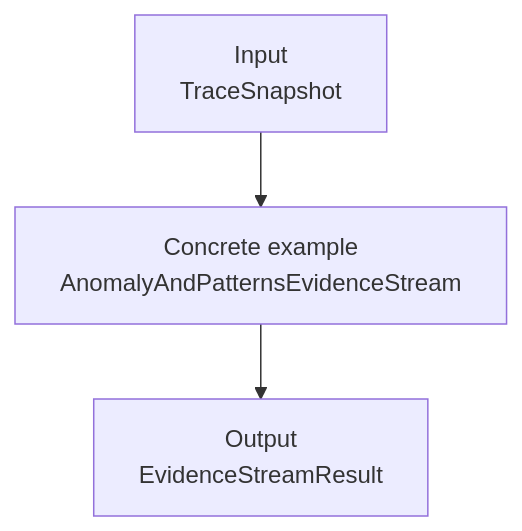
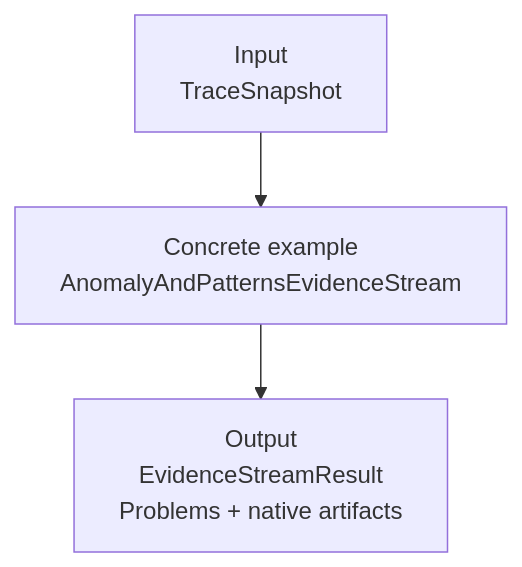
One commit to NVIDIA-NeMo/labs-trace-intel changed the third of 4 diagrams in docs/pipeline-architecture.md. Above: the diagram before and after it, drawn with Mermaid. The commit also changed other lines of this file and 14 other files, not shown here.

Commit message:
refactor: use problems as evidence handoff

````diff
--- a/docs/pipeline-architecture.md
+++ b/docs/pipeline-architecture.md
@@ -309,7 +309,7 @@
 ```mermaid
 flowchart TB
     input["Input<br/>TraceSnapshot"]
     stream["Concrete example<br/>AnomalyAndPatternsEvidenceStream"]
-    output["Output<br/>EvidenceStreamResult"]
+    output["Output<br/>EvidenceStreamResult<br/>Problems + native artifacts"]
     input --> stream --> output
 ```
````
